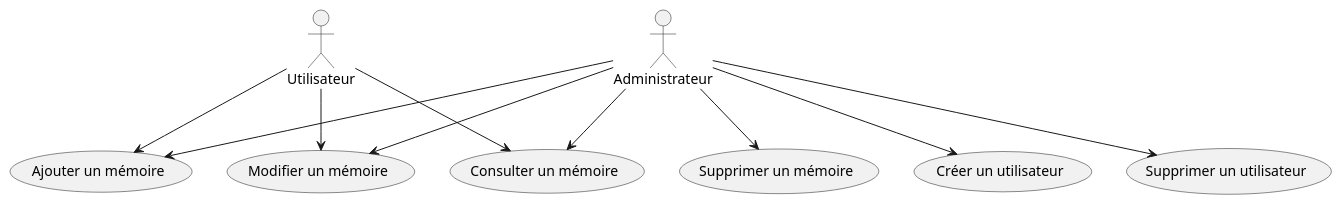
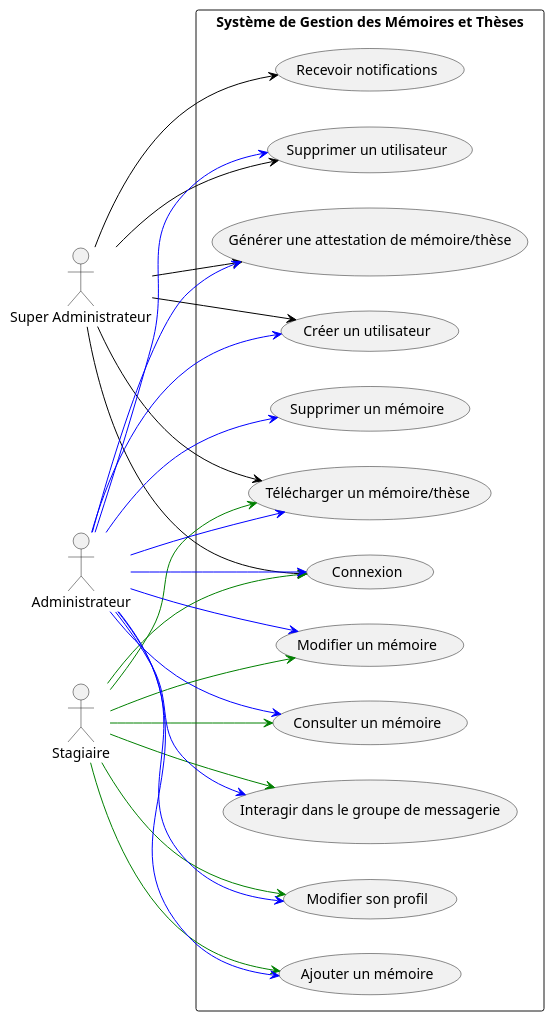
One commit to Aisstou03/memos changed the diagram in Gestion_Memoire_These/src/diagrammes/diagramme_Cas_Utilisation.puml. Above: the diagram before and after it, drawn with PlantUML. The commit also changed 21 other files, not shown here.

Commit message:
diagrammes

```diff
--- a/Gestion_Memoire_These/src/diagrammes/diagramme_Cas_Utilisation.puml
+++ b/Gestion_Memoire_These/src/diagrammes/diagramme_Cas_Utilisation.puml
@@ -3,22 +1,52 @@
 @startuml
-actor Administrateur
-actor Utilisateur
+left to right direction
 
-usecase AjouterMemoire as "Ajouter un mémoire"
-usecase SupprimerMemoire as "Supprimer un mémoire"
-usecase ModifierMemoire as "Modifier un mémoire"
-usecase ConsulterMemoire as "Consulter un mémoire"
-usecase CreerUtilisateur as "Créer un utilisateur"
-usecase SupprimerUtilisateur as "Supprimer un utilisateur"
+actor "Super Administrateur" as SuperAdmin
+actor "Stagiaire" as Stagiaire
+actor "Administrateur" as Admin
 
-Utilisateur --> AjouterMemoire
-Utilisateur --> ModifierMemoire
-Utilisateur --> ConsulterMemoire
+rectangle "Système de Gestion des Mémoires et Thèses" {
+    usecase "Ajouter un mémoire" as AjouterMemoire
+    usecase "Modifier un mémoire" as ModifierMemoire
+    usecase "Supprimer un mémoire" as SupprimerMemoire
+    usecase "Consulter un mémoire" as ConsulterMemoire
+    usecase "Télécharger un mémoire/thèse" as Telecharger
+    usecase "Créer un utilisateur" as CreerUtilisateur
+    usecase "Supprimer un utilisateur" as SupprimerUtilisateur
+    usecase "Recevoir notifications" as VoirNotification
+    usecase "Interagir dans le groupe de messagerie" as InteragirGroupe
+    usecase "Modifier son profil" as ModifierProfil
+    usecase "Générer une attestation de mémoire/thèse" as GenererAttestation
+    usecase "Connexion" as Connexion
 
-Administrateur --> CreerUtilisateur
-Administrateur --> SupprimerUtilisateur
-Administrateur --> SupprimerMemoire
-Administrateur --> AjouterMemoire
-Administrateur --> ModifierMemoire
-Administrateur --> ConsulterMemoire
+}
+
+SuperAdmin -[#black]-> CreerUtilisateur
+SuperAdmin -[#black]-> SupprimerUtilisateur
+SuperAdmin -[#black]-> VoirNotification
+SuperAdmin -[#black]-> GenererAttestation
+SuperAdmin -[#black]-> Telecharger
+SuperAdmin -[#black]-> Connexion
+
+Stagiaire -[#green]-> AjouterMemoire
+Stagiaire -[#green]-> ModifierMemoire
+Stagiaire -[#green]-> ConsulterMemoire
+Stagiaire -[#green]-> ModifierProfil
+Stagiaire -[#green]-> InteragirGroupe
+Stagiaire -[#green]-> Telecharger
+Stagiaire -[#green]-> Connexion
+
+
+Admin -[#blue]-> AjouterMemoire
+Admin -[#blue]-> ModifierMemoire
+Admin -[#blue]-> SupprimerMemoire
+Admin -[#blue]-> ConsulterMemoire
+Admin -[#blue]-> ModifierProfil
+Admin -[#blue]-> InteragirGroupe
+Admin -[#blue]-> GenererAttestation
+Admin -[#blue]-> Telecharger
+Admin -[#blue]-> CreerUtilisateur
+Admin -[#blue]-> SupprimerUtilisateur
+Admin -[#blue]-> Connexion
+
 @enduml
```
